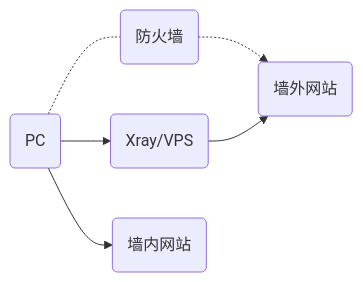
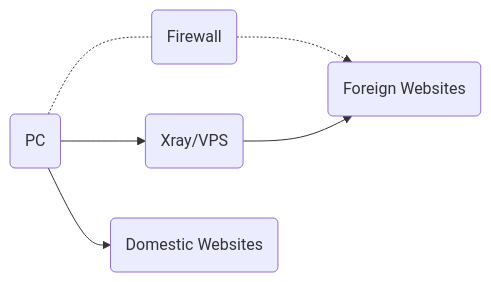
The first of 3 diagrams in docs/en/document/level-1/work.md (XTLS/Xray-docs-next), drawn with Mermaid before and after one commit. The commit also changed other lines of this file and 90 other files, not shown here.

````diff
--- a/docs/en/document/level-1/work.md
+++ b/docs/en/document/level-1/work.md
@@ -7,8 +7,8 @@
 ```mermaid
 graph LR;
-A(PC) -.- B(防火墙);
-B -.-> C(墙外网站);
+A(PC) -.- B(Firewall);
+B -.-> C(Foreign Websites);
 A --> D(Xray/VPS);
 D --> C;
-A --> E(墙内网站);
+A --> E(Domestic Websites);
 ```
````
